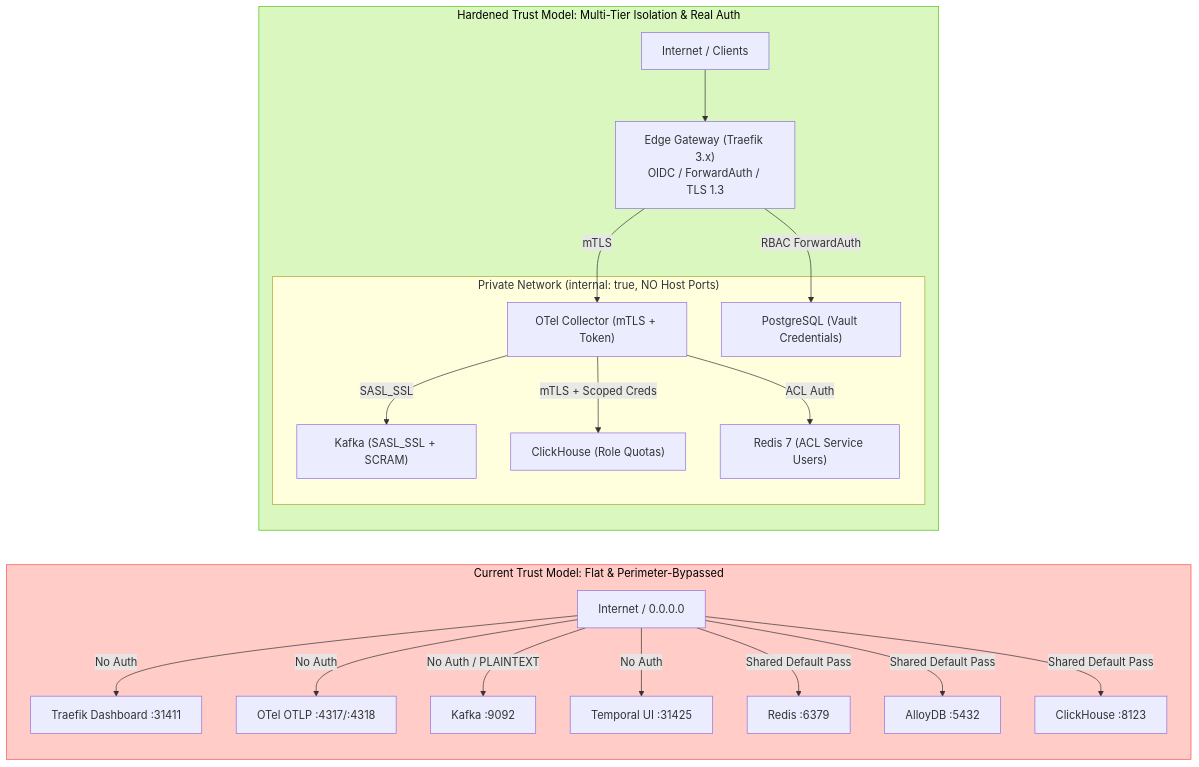
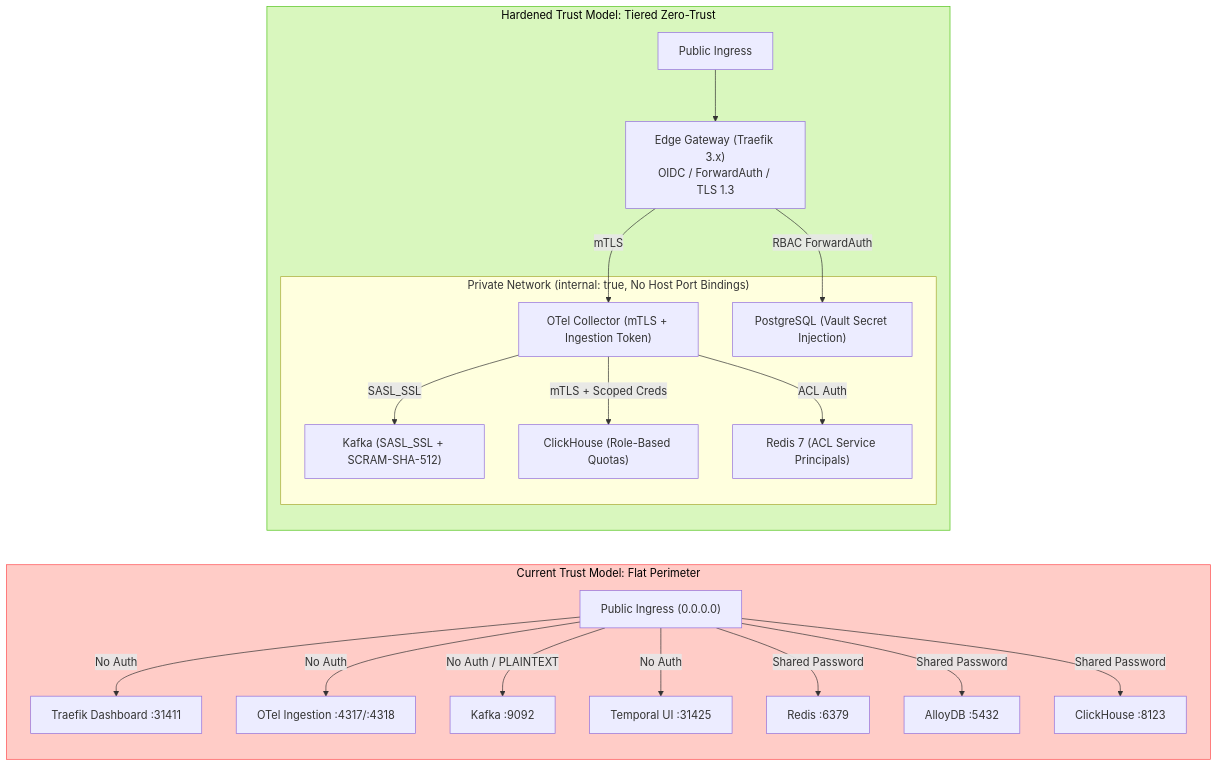
One commit to Chief-Strategist-J/llm-observability-platform changed the fourth of 7 diagrams in packages/configs/llm-obs-infra/adr/0007-critical-security-remediation-mandate.md. Above: the diagram before and after it, drawn with Mermaid. The commit also changed other lines of this file, not shown here.

Commit message:
docs(adr): sanitize mermaid diagrams to formal Red Team nomenclature without emojis

````diff
--- a/packages/configs/llm-obs-infra/adr/0007-critical-security-remediation-mandate.md
+++ b/packages/configs/llm-obs-infra/adr/0007-critical-security-remediation-mandate.md
@@ -169,41 +169,41 @@
 ```mermaid
 flowchart LR
-    subgraph Current_Trust_Model["Current Trust Model: Flat & Perimeter-Bypassed"]
+    subgraph Current_Trust_Model["Current Trust Model: Flat Perimeter"]
         direction TB
-        ExtNet["Internet / 0.0.0.0"]
+        ExtNet["Public Ingress (0.0.0.0)"]
         
         ExtNet -->|No Auth| TraefikDash["Traefik Dashboard :31411"]
-        ExtNet -->|No Auth| OTelRecv["OTel OTLP :4317/:4318"]
+        ExtNet -->|No Auth| OTelRecv["OTel Ingestion :4317/:4318"]
         ExtNet -->|No Auth / PLAINTEXT| KafkaNode["Kafka :9092"]
         ExtNet -->|No Auth| TemporalUI["Temporal UI :31425"]
-        ExtNet -->|Shared Default Pass| RedisNode["Redis :6379"]
-        ExtNet -->|Shared Default Pass| PgNode["AlloyDB :5432"]
-        ExtNet -->|Shared Default Pass| CHNode["ClickHouse :8123"]
+        ExtNet -->|Shared Password| RedisNode["Redis :6379"]
+        ExtNet -->|Shared Password| PgNode["AlloyDB :5432"]
+        ExtNet -->|Shared Password| CHNode["ClickHouse :8123"]
     end
 
-    subgraph Hardened_Trust_Model["Hardened Trust Model: Multi-Tier Isolation & Real Auth"]
+    subgraph Hardened_Trust_Model["Hardened Trust Model: Tiered Zero-Trust"]
         direction TB
-        ExtSafe["Internet / Clients"]
+        ExtSafe["Public Ingress"]
         EdgeAuth["Edge Gateway (Traefik 3.x)<br/>OIDC / ForwardAuth / TLS 1.3"]
         
-        subgraph Data_VPC["Private Network (internal: true, NO Host Ports)"]
-            OTelAuth["OTel Collector (mTLS + Token)"]
-            KafkaAuth["Kafka (SASL_SSL + SCRAM)"]
-            RedisAuth["Redis 7 (ACL Service Users)"]
-            PgAuth["PostgreSQL (Vault Credentials)"]
-            CHAuth["ClickHouse (Role Quotas)"]
+        subgraph Data_VPC["Private Network (internal: true, No Host Port Bindings)"]
+            OTelAuth["OTel Collector (mTLS + Ingestion Token)"]
+            KafkaAuth["Kafka (SASL_SSL + SCRAM-SHA-512)"]
+            RedisAuth["Redis 7 (ACL Service Principals)"]
+            PgAuth["PostgreSQL (Vault Secret Injection)"]
+            CHAuth["ClickHouse (Role-Based Quotas)"]
         end
 
         ExtSafe --> EdgeAuth
         EdgeAuth -->|mTLS| OTelAuth
         OTelAuth -->|SASL_SSL| KafkaAuth
         OTelAuth -->|mTLS + Scoped Creds| CHAuth
         EdgeAuth -->|RBAC ForwardAuth| PgAuth
         OTelAuth -->|ACL Auth| RedisAuth
     end
 
     classDef warn fill:#ffccc7,stroke:#ff4d4f,color:#000;
     classDef ok fill:#d9f7be,stroke:#52c41a,color:#000;
     class Current_Trust_Model warn;
     class Hardened_Trust_Model ok;
 ```
````
